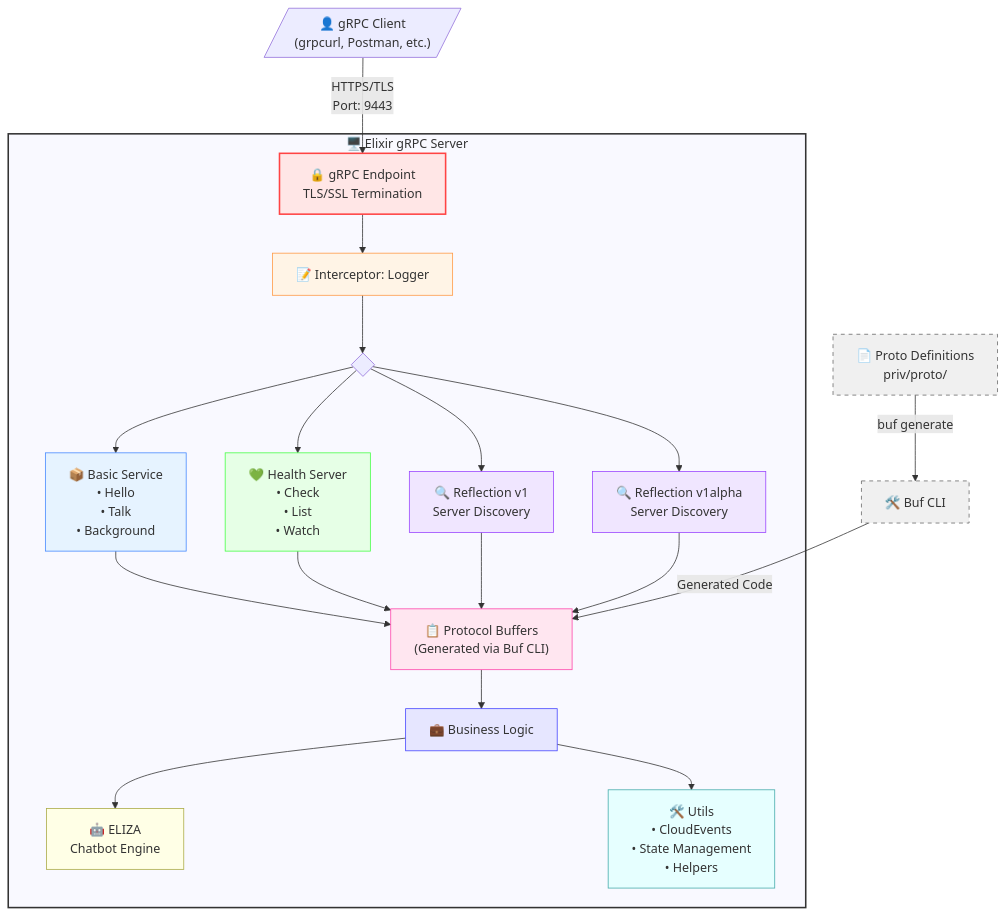
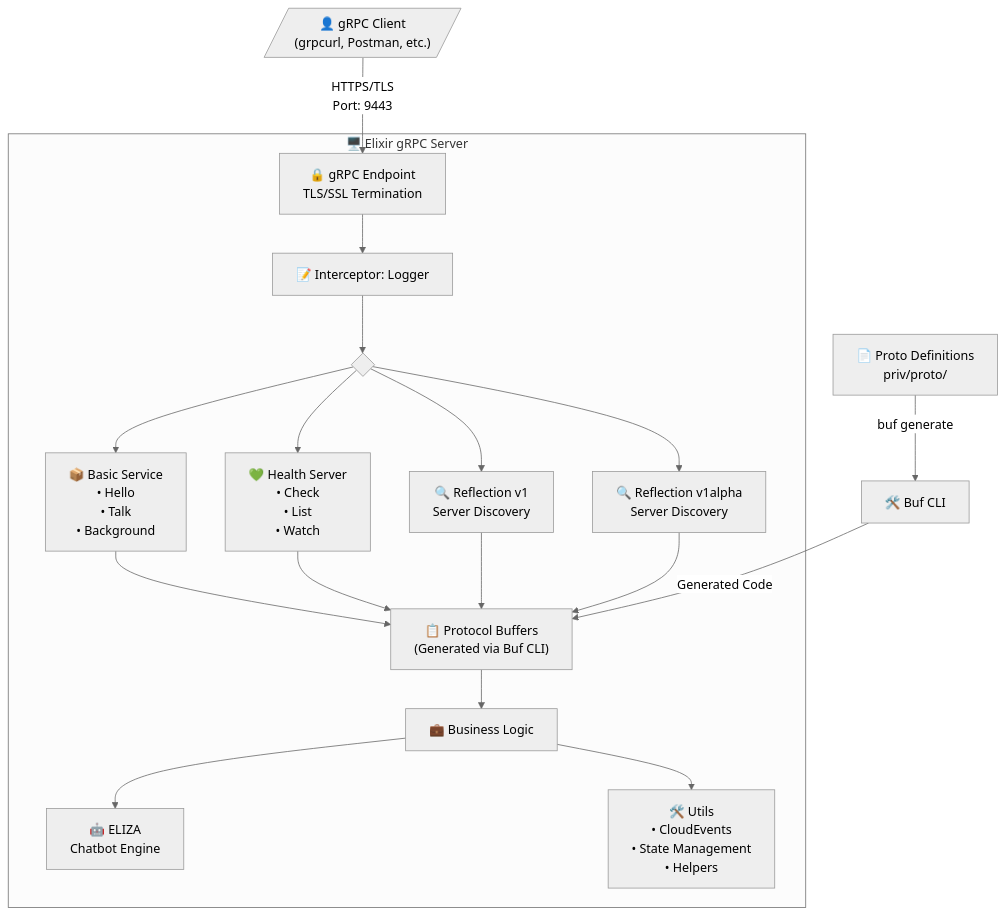
One commit to soundphilosopher/basic-grpc-service-elixir changed the diagram in README.md. Above: the diagram before and after it, drawn with Mermaid.

````diff
--- a/README.md
+++ b/README.md
@@ -245,49 +245,36 @@
 ```mermaid
+%%{init: {'theme':'neutral'}}%%
 graph TB
     Client[/"👤 gRPC Client<br/>(grpcurl, Postman, etc.)"/]
 
     Client -->|"HTTPS/TLS<br/>Port: 9443"| Endpoint
 
     subgraph Server["🖥️ Elixir gRPC Server"]
         Endpoint["🔒 gRPC Endpoint<br/>TLS/SSL Termination"]
 
         Endpoint --> Logger["📝 Interceptor: Logger"]
 
         Logger --> Services{" "}
 
         Services --> BasicService["📦 Basic Service<br/>• Hello<br/>• Talk<br/>• Background"]
         Services --> HealthService["💚 Health Server<br/>• Check<br/>• List<br/>• Watch"]
         Services --> ReflectionV1["🔍 Reflection v1<br/>Server Discovery"]
         Services --> ReflectionV1Alpha["🔍 Reflection v1alpha<br/>Server Discovery"]
 
         BasicService --> Protobuf["📋 Protocol Buffers<br/>(Generated via Buf CLI)"]
         HealthService --> Protobuf
         ReflectionV1 --> Protobuf
         ReflectionV1Alpha --> Protobuf
 
         Protobuf --> BusinessLogic["💼 Business Logic"]
 
         BusinessLogic --> Eliza["🤖 ELIZA<br/>Chatbot Engine"]
         BusinessLogic --> Utils["🛠️ Utils<br/>• CloudEvents<br/>• State Management<br/>• Helpers"]
     end
 
     ProtoFiles["📄 Proto Definitions<br/>priv/proto/"]
     BufCLI["🛠️ Buf CLI"]
 
     ProtoFiles -->|"buf generate"| BufCLI
     BufCLI -->|"Generated Code"| Protobuf
-
-    style Server fill:#f9f9ff,stroke:#333,stroke-width:2px
-    style Endpoint fill:#ffe6e6,stroke:#ff4444,stroke-width:2px
-    style Logger fill:#fff4e6,stroke:#ff9944,stroke-width:1px
-    style BasicService fill:#e6f3ff,stroke:#4488ff,stroke-width:1px
-    style HealthService fill:#e6ffe6,stroke:#44ff44,stroke-width:1px
-    style ReflectionV1 fill:#f0e6ff,stroke:#9944ff,stroke-width:1px
-    style ReflectionV1Alpha fill:#f0e6ff,stroke:#9944ff,stroke-width:1px
-    style Protobuf fill:#ffe6f0,stroke:#ff44aa,stroke-width:1px
-    style BusinessLogic fill:#e6e6ff,stroke:#4444ff,stroke-width:1px
-    style Eliza fill:#ffffe6,stroke:#aaaa44,stroke-width:1px
-    style Utils fill:#e6ffff,stroke:#44aaaa,stroke-width:1px
-    style ProtoFiles fill:#f0f0f0,stroke:#666,stroke-width:1px,stroke-dasharray: 5 5
-    style BufCLI fill:#f0f0f0,stroke:#666,stroke-width:1px,stroke-dasharray: 5 5
 ```
````
